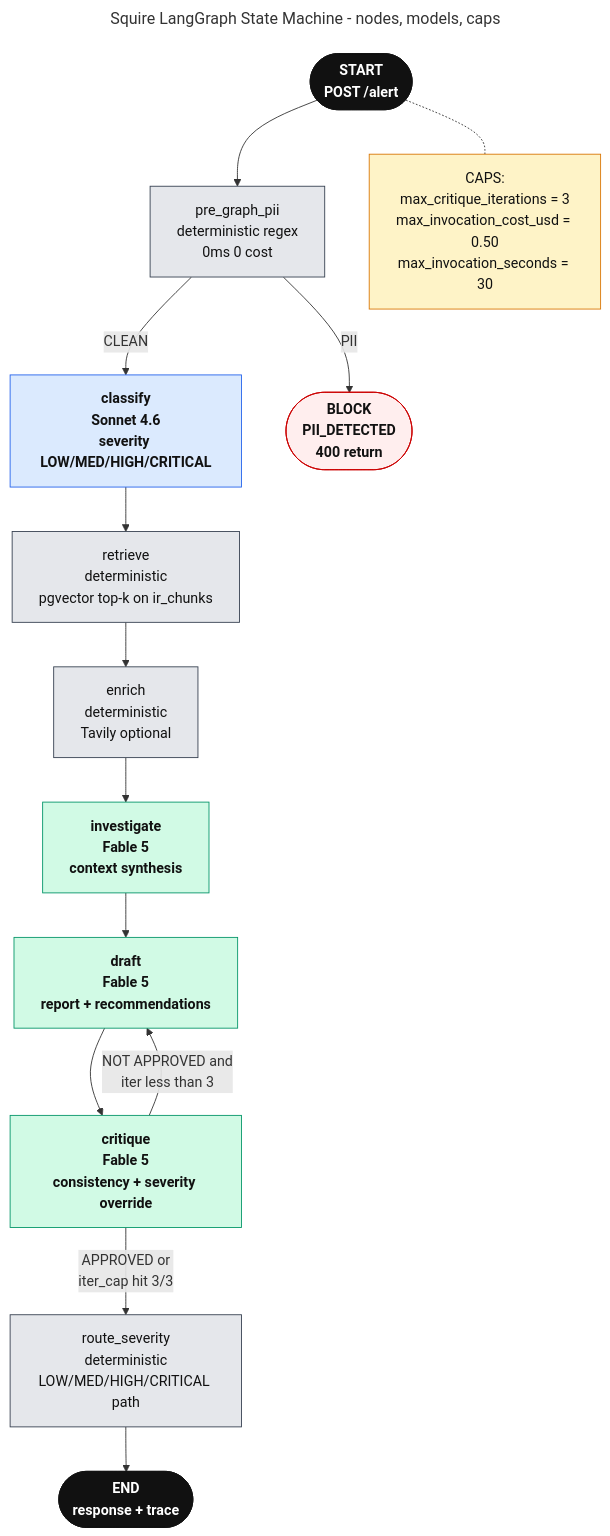
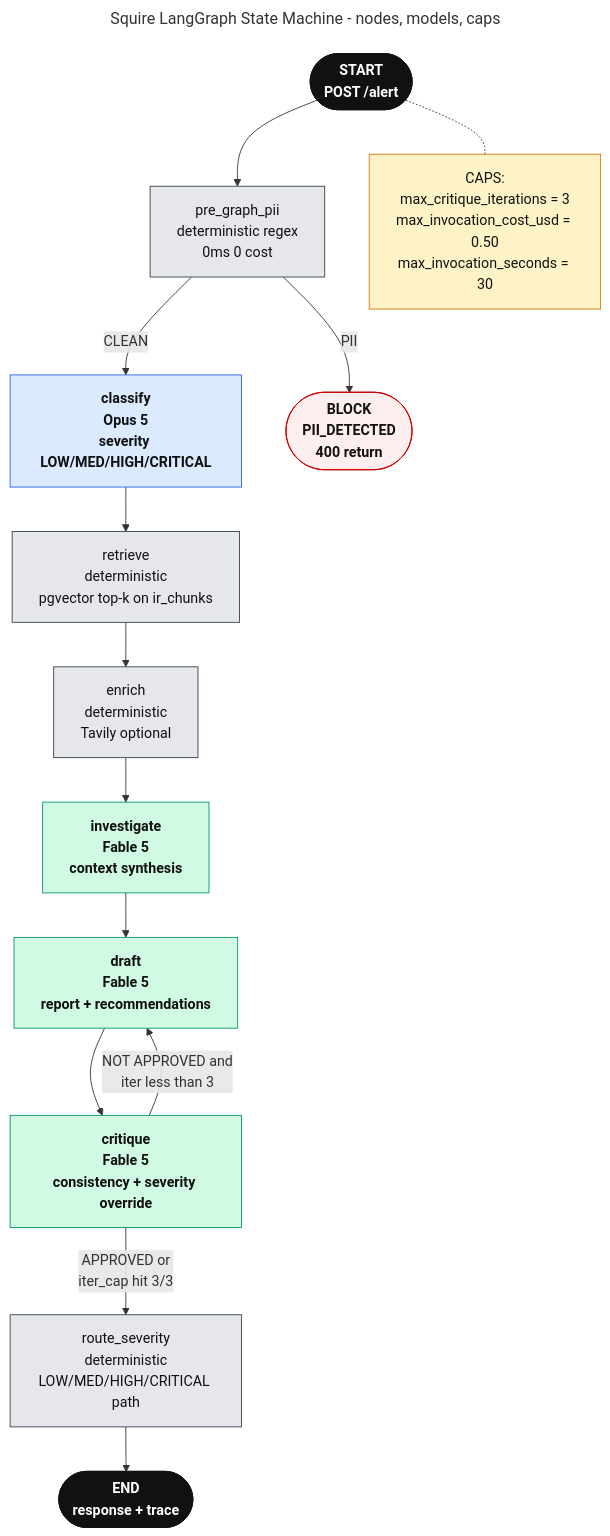
The diagram in docs/grc/diagrams/squire-state-machine.mmd (ET-sec/cyber-squire1), drawn with Mermaid before and after one commit. The commit also changed 49 other files, not shown here.

First line of the commit message:
feat: multi-cloud positioning + Opus 5 / Fable 5 model standard (#33)

```diff
--- a/docs/grc/diagrams/squire-state-machine.mmd
+++ b/docs/grc/diagrams/squire-state-machine.mmd
@@ -1,45 +1,45 @@
 ---
 title: Squire LangGraph State Machine - nodes, models, caps
 ---
 flowchart TD
     START(["START<br/>POST /alert"])
     PG["pre_graph_pii<br/>deterministic regex<br/>0ms 0 cost"]
-    CL["classify<br/>Sonnet 4.6<br/>severity LOW/MED/HIGH/CRITICAL"]
+    CL["classify<br/>Opus 5<br/>severity LOW/MED/HIGH/CRITICAL"]
     RT["retrieve<br/>deterministic<br/>pgvector top-k on ir_chunks"]
     EN["enrich<br/>deterministic<br/>Tavily optional"]
     IN["investigate<br/>Fable 5<br/>context synthesis"]
     DR["draft<br/>Fable 5<br/>report + recommendations"]
     CR["critique<br/>Fable 5<br/>consistency + severity override"]
     RS["route_severity<br/>deterministic<br/>LOW/MED/HIGH/CRITICAL path"]
     END_N(["END<br/>response + trace"])
     BLOCK(["BLOCK<br/>PII_DETECTED<br/>400 return"])
 
     START --> PG
     PG -->|CLEAN| CL
     PG -->|PII| BLOCK
     CL --> RT
     RT --> EN
     EN --> IN
     IN --> DR
     DR --> CR
     CR -->|APPROVED or<br/>iter_cap hit 3/3| RS
     CR -->|NOT APPROVED and<br/>iter less than 3| DR
     RS --> END_N
 
     %% Caps annotation box
     CAPS["CAPS:<br/>max_critique_iterations = 3<br/>max_invocation_cost_usd = 0.50<br/>max_invocation_seconds = 30"]
     START -.- CAPS
 
     classDef startend fill:#111,stroke:#111,color:#fff,font-weight:bold
     classDef det fill:#e5e7eb,stroke:#374151,color:#111
-    classDef sonnet fill:#dbeafe,stroke:#2563eb,color:#111,font-weight:bold
-    classDef opus fill:#d1fae5,stroke:#059669,color:#111,font-weight:bold
+    classDef opus5 fill:#dbeafe,stroke:#2563eb,color:#111,font-weight:bold
+    classDef fable fill:#d1fae5,stroke:#059669,color:#111,font-weight:bold
     classDef block fill:#fee,stroke:#c00,color:#111,font-weight:bold
     classDef caps fill:#fef3c7,stroke:#d97706,color:#111
 
     class START,END_N startend
     class PG,RT,EN,RS det
-    class CL sonnet
-    class IN,DR,CR opus
+    class CL opus5
+    class IN,DR,CR fable
     class BLOCK block
     class CAPS caps
```
